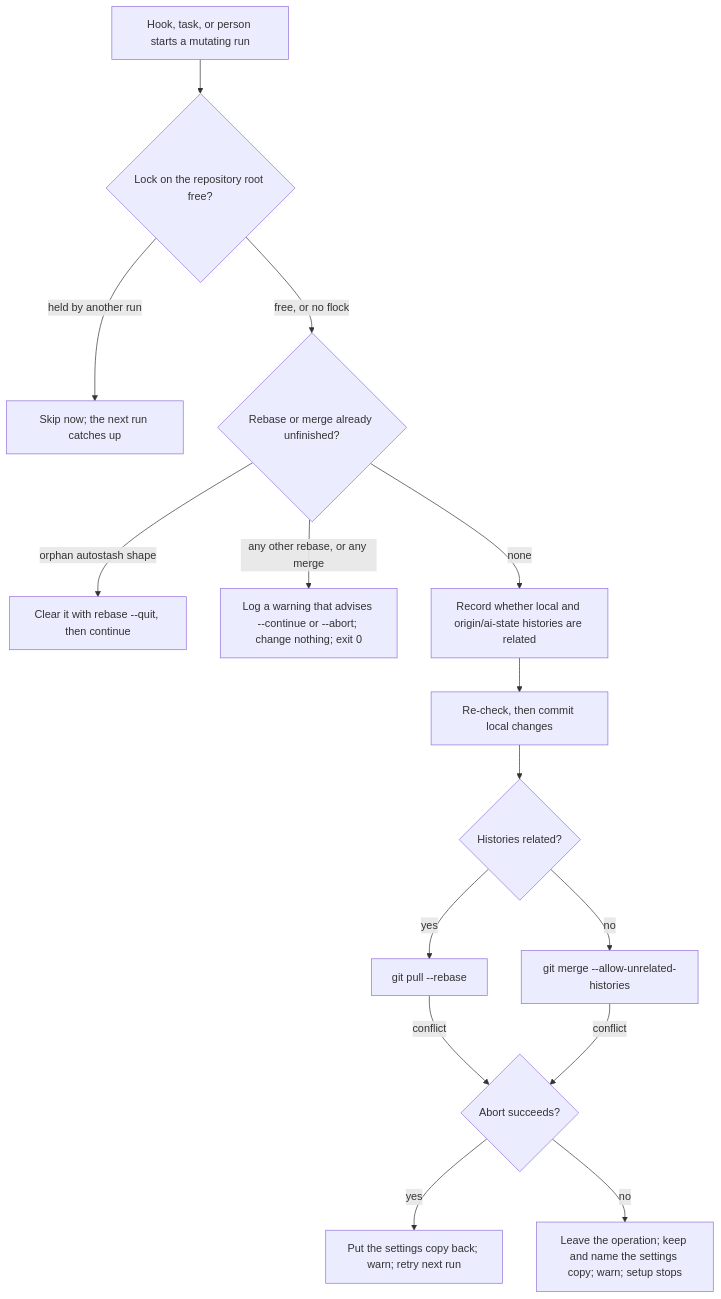
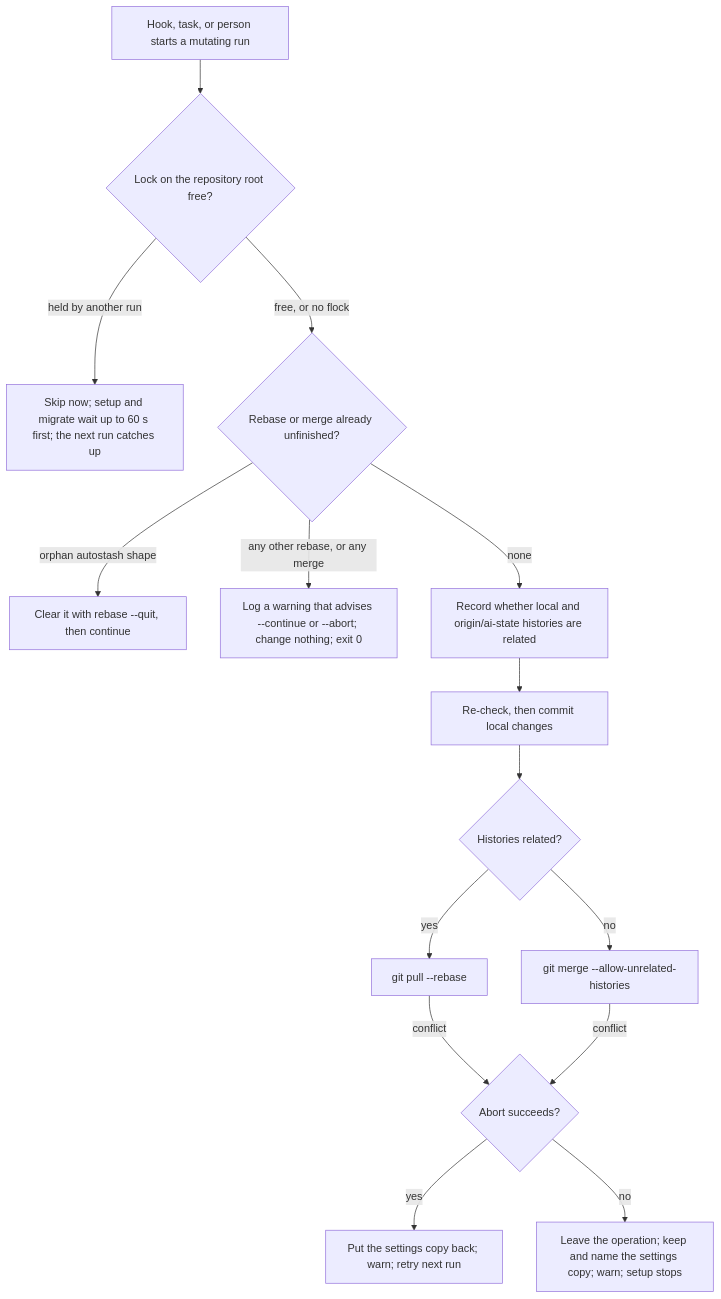
One commit to Ghisso/github_copilot_bootstrap changed the diagram in plans/state-sync-safety-fixes.md. Above: the diagram before and after it, drawn with Mermaid. The commit also changed other lines of this file and 5 other files, not shown here.

````diff
--- a/plans/state-sync-safety-fixes.md
+++ b/plans/state-sync-safety-fixes.md
@@ -59,17 +60,17 @@
 ```mermaid
 flowchart TD
     S[Hook, task, or person starts a mutating run] --> L{Lock on the repository root free?}
-    L -- held by another run --> K[Skip now; the next run catches up]
+    L -- held by another run --> K[Skip now; setup and migrate wait up to 60 s first; the next run catches up]
     L -- free, or no flock --> P{Rebase or merge already unfinished?}
     P -- orphan autostash shape --> Q[Clear it with rebase --quit, then continue]
     P -- any other rebase, or any merge --> W[Log a warning that advises --continue or --abort; change nothing; exit 0]
     P -- none --> H[Record whether local and origin/ai-state histories are related]
     H --> C[Re-check, then commit local changes]
     C --> R{Histories related?}
     R -- yes --> PR[git pull --rebase]
     R -- no --> M[git merge --allow-unrelated-histories]
     PR -- conflict --> A{Abort succeeds?}
     M -- conflict --> A
     A -- yes --> RS[Put the settings copy back; warn; retry next run]
     A -- no --> KP[Leave the operation; keep and name the settings copy; warn; setup stops]
 ```
````
